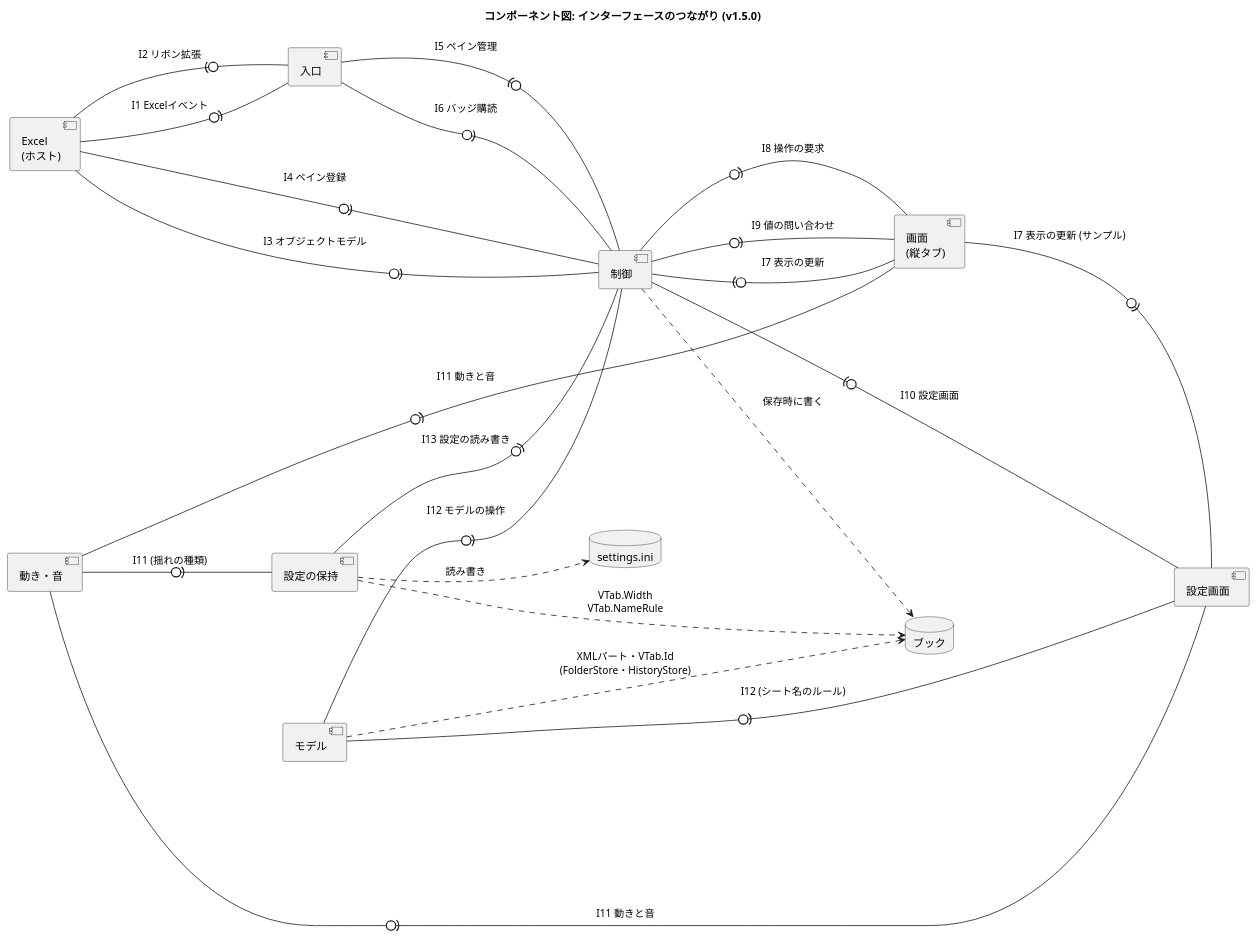
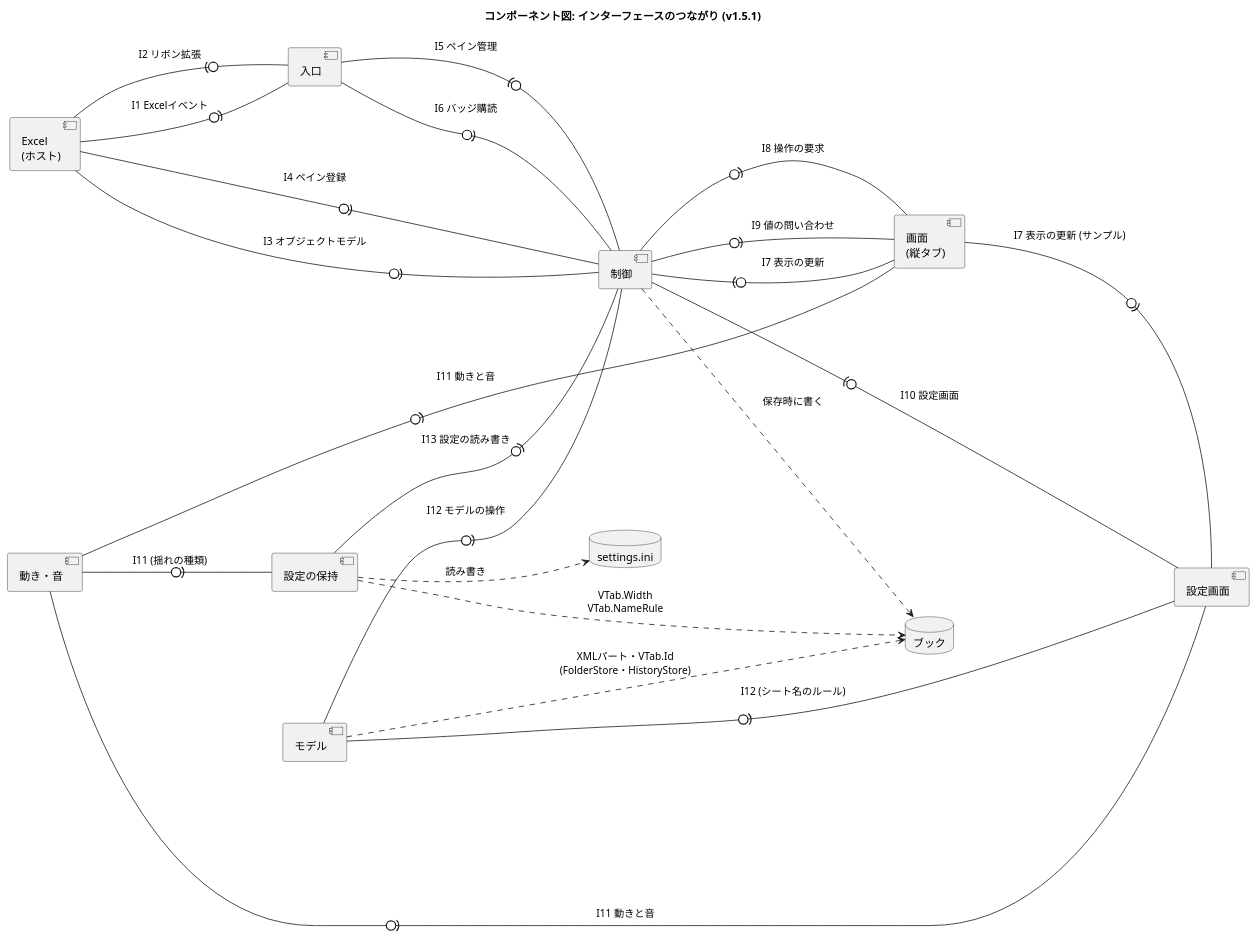
The diagram in docs/component-interface.puml (nk-taka623/VerticalSheetTabs), drawn with PlantUML before and after one commit. The commit also changed 14 other files, not shown here.

```diff
--- a/docs/component-interface.puml
+++ b/docs/component-interface.puml
@@ -1,43 +1,43 @@
 @startuml
-title コンポーネント図: インターフェースのつながり (v1.5.0)
+title コンポーネント図: インターフェースのつながり (v1.5.1)
 left to right direction
 skinparam componentStyle uml2
 skinparam shadowing false
 skinparam nodesep 50
 skinparam ranksep 110
 
 component "Excel\n(ホスト)" as HOST
 component "入口" as ENTRY
 component "制御" as CTRL
 component "画面\n(縦タブ)" as VIEW
 component "設定画面" as SETTINGS
 component "動き・音" as FX
 component "モデル" as MODEL
 component "設定の保持" as CONFIG
 database "ブック" as BOOK
 database "settings.ini" as INI
 
 ' 「提供側 -0)- 利用側」: 丸が提供するインターフェース、受け口が利用 (I1 から I13 は、DEVELOPMENT.md の表)
 HOST -0)- ENTRY : I1 Excelイベント
 ENTRY -0)- HOST : I2 リボン拡張
 HOST -0)- CTRL : I3 オブジェクトモデル
 HOST -0)- CTRL : I4 ペイン登録
 CTRL -0)- ENTRY : I5 ペイン管理
 ENTRY -0)- CTRL : I6 バッジ購読
 VIEW -0)- CTRL : I7 表示の更新
 CTRL -0)- VIEW : I8 操作の要求
 CTRL -0)- VIEW : I9 値の問い合わせ
 SETTINGS -0)- CTRL : I10 設定画面
 VIEW -0)- SETTINGS : I7 表示の更新 (サンプル)
 FX -0)- VIEW : I11 動きと音
 FX -0)- SETTINGS : I11 動きと音
 FX -0)- CONFIG : I11 (揺れの種類)
 MODEL -0)- CTRL : I12 モデルの操作
 MODEL -0)- SETTINGS : I12 (シート名のルール)
 CONFIG -0)- CTRL : I13 設定の読み書き
 
 CTRL ..> BOOK : 保存時に書く
 MODEL ..> BOOK : XMLパート・VTab.Id\n(FolderStore・HistoryStore)
 CONFIG ..> BOOK : VTab.Width\nVTab.NameRule
 CONFIG ..> INI : 読み書き
 @enduml
```
